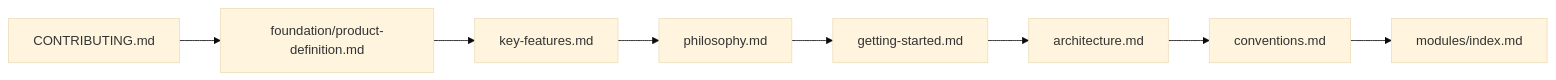
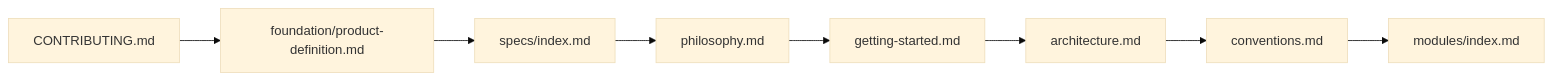
One commit to reasvyn/internara changed the first of 3 diagrams in docs/index.md. Above: the diagram before and after it, drawn with Mermaid (base theme). The commit also changed other lines of this file and 93 other files, not shown here.

````diff
--- a/docs/index.md
+++ b/docs/index.md
@@ -171,10 +142,10 @@
 ```mermaid
 flowchart LR
     A[CONTRIBUTING.md] --> B[foundation/product-definition.md]
-    B --> C[key-features.md]
+    B --> C[specs/index.md]
     C --> D[philosophy.md]
     D --> E[getting-started.md]
     E --> F[architecture.md]
     F --> G[conventions.md]
     G --> H[modules/index.md]
 ```
````
